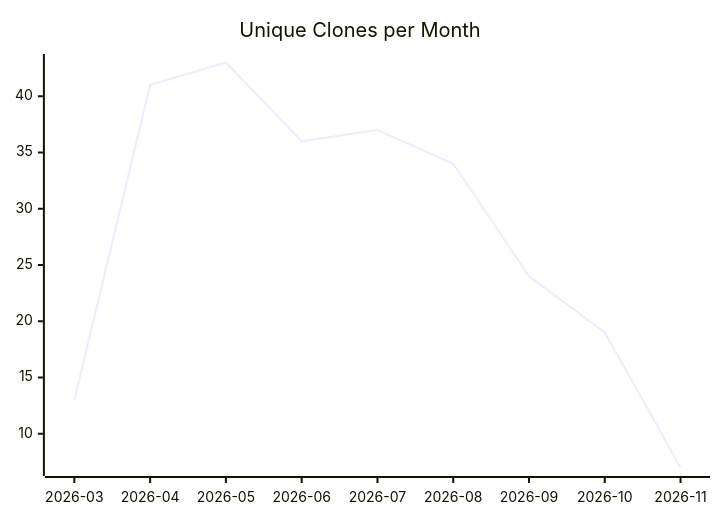
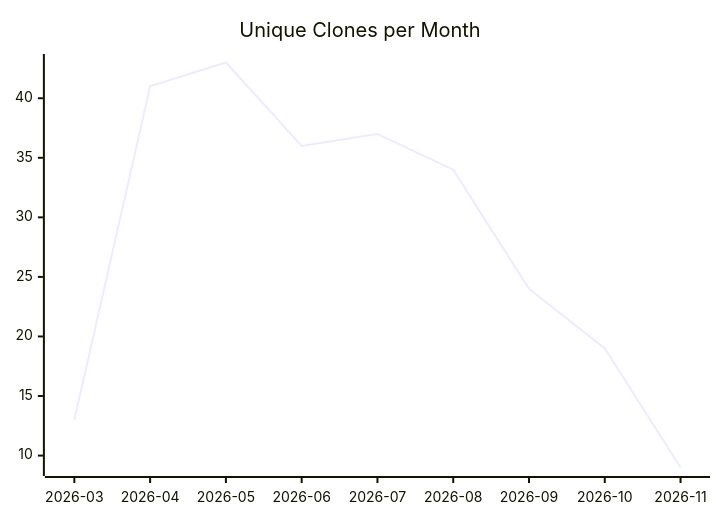
The third of 3 diagrams in karlmdavis/usgs-water-api-java/README.md (justdavis-family/github-analytics-data), drawn with Mermaid before and after one commit. The commit also changed other lines of this file and 193 other files, not shown here.

````diff
--- a/karlmdavis/usgs-water-api-java/README.md
+++ b/karlmdavis/usgs-water-api-java/README.md
@@ -19,6 +19,6 @@
 ```mermaid
 xychart-beta
   title "Unique Clones per Month"
   x-axis ["2026-03", "2026-04", "2026-05", "2026-06", "2026-07", "2026-08", "2026-09", "2026-10", "2026-11"]
-  line [13, 41, 43, 36, 37, 34, 24, 19, 7]
+  line [13, 41, 43, 36, 37, 34, 24, 19, 9]
 ```
````
